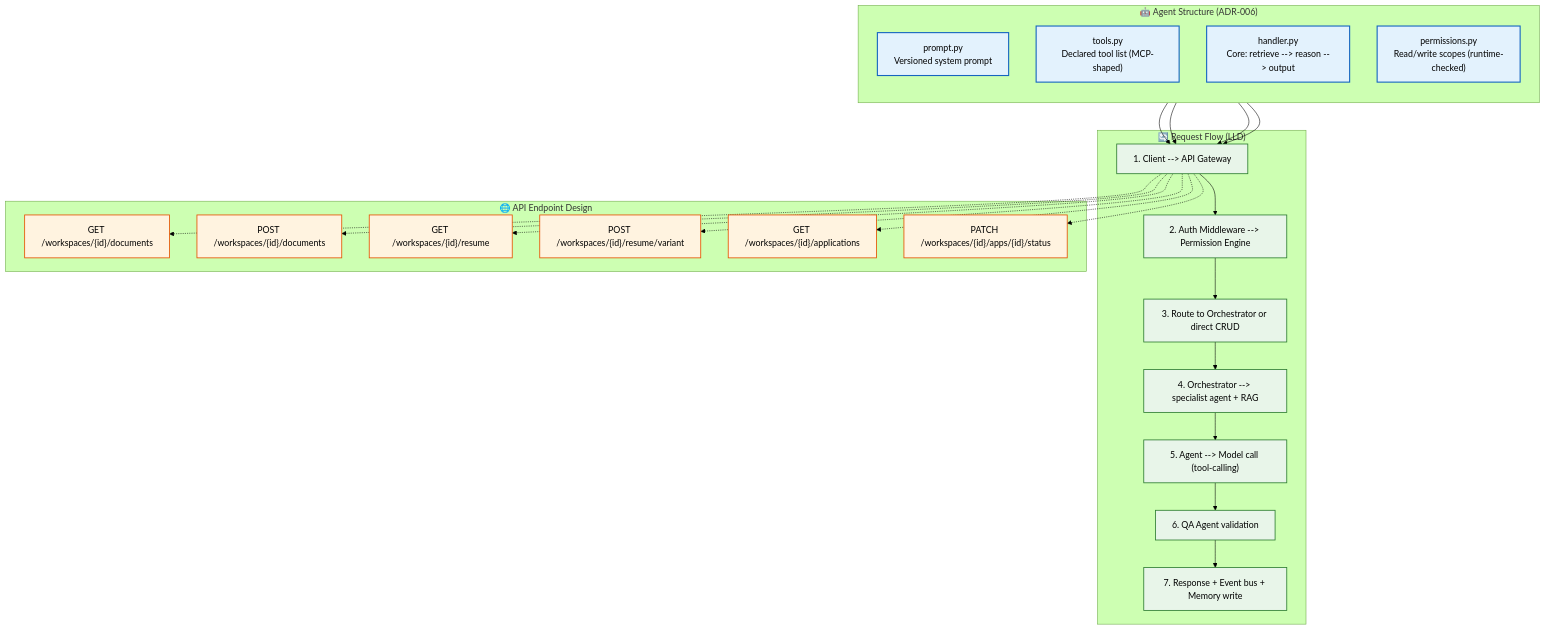
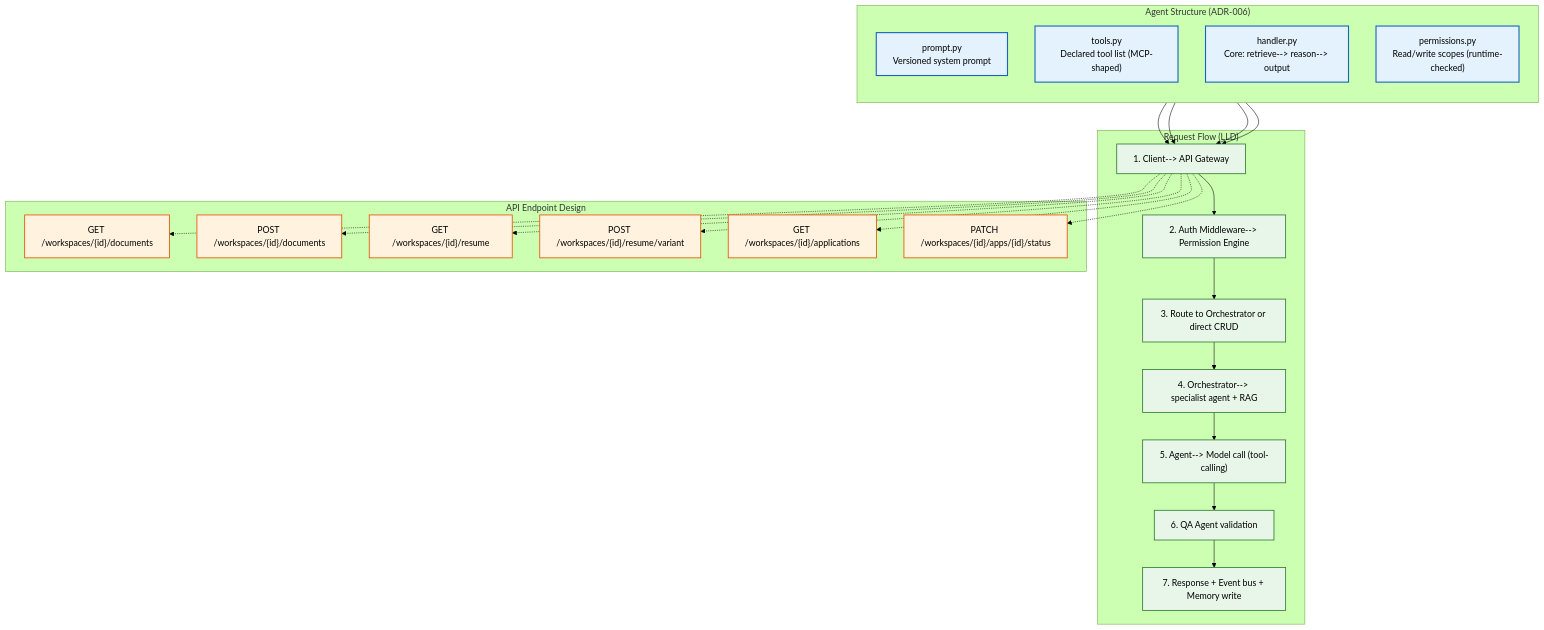
Before and after one commit to Driftloom/Vaeloom: the diagram in docs/architecture/Low-Level-Design.md, drawn with Mermaid (forest theme). The commit also changed other lines of this file and 694 other files, not shown here.

First line of the commit message:
docs: mermaid standardization — encoding/mermaid/duplicate cleanup

````diff
--- a/docs/architecture/Low-Level-Design.md
+++ b/docs/architecture/Low-Level-Design.md
@@ -9,40 +9,40 @@
 ```mermaid
 graph TD
-    classDef agent fill:#e3f2fd,stroke:#1565c0,color:#000,stroke-width:2px
-    classDef flow fill:#e8f5e9,stroke:#2e7d32,color:#000,stroke-width:1.5px
-    classDef api fill:#fff3e0,stroke:#e65100,color:#000,stroke-width:1.5px
+ classDef agent fill:#e3f2fd,stroke:#1565c0,color:#000,stroke-width:2px
+ classDef flow fill:#e8f5e9,stroke:#2e7d32,color:#000,stroke-width:1.5px
+ classDef api fill:#fff3e0,stroke:#e65100,color:#000,stroke-width:1.5px
 
-    subgraph AgentStructure["🤖 Agent Structure (ADR-006)"]
-        direction TB
-        S1["prompt.py<br/>Versioned system prompt"]
-        S2["tools.py<br/>Declared tool list (MCP-shaped)"]
-        S3["handler.py<br/>Core: retrieve --> reason --> output"]
-        S4["permissions.py<br/>Read/write scopes (runtime-checked)"]
-    end
+ subgraph AgentStructure["Agent Structure (ADR-006)"]
+ direction TB
+ S1["prompt.py<br/>Versioned system prompt"]
+ S2["tools.py<br/>Declared tool list (MCP-shaped)"]
+ S3["handler.py<br/>Core: retrieve--> reason--> output"]
+ S4["permissions.py<br/>Read/write scopes (runtime-checked)"]
+ end
 
-    subgraph RequestFlow["🔄 Request Flow (LLD)"]
-        F1["1. Client --> API Gateway"]
-        F2["2. Auth Middleware --> Permission Engine"]
-        F3["3. Route to Orchestrator or direct CRUD"]
-        F4["4. Orchestrator --> specialist agent + RAG"]
-        F5["5. Agent --> Model call (tool-calling)"]
-        F6["6. QA Agent validation"]
-        F7["7. Response + Event bus + Memory write"]
-    end
+ subgraph RequestFlow["Request Flow (LLD)"]
+ F1["1. Client--> API Gateway"]
+ F2["2. Auth Middleware--> Permission Engine"]
+ F3["3. Route to Orchestrator or direct CRUD"]
+ F4["4. Orchestrator--> specialist agent + RAG"]
+ F5["5. Agent--> Model call (tool-calling)"]
+ F6["6. QA Agent validation"]
+ F7["7. Response + Event bus + Memory write"]
+ end
 
-    subgraph APIEndpoint["🌐 API Endpoint Design"]
-        E1["GET /workspaces/{id}/documents"]
-        E2["POST /workspaces/{id}/documents"]
-        E3["GET /workspaces/{id}/resume"]
-        E4["POST /workspaces/{id}/resume/variant"]
-        E5["GET /workspaces/{id}/applications"]
-        E6["PATCH /workspaces/{id}/apps/{id}/status"]
-    end
+ subgraph APIEndpoint["API Endpoint Design"]
+ E1["GET /workspaces/{id}/documents"]
+ E2["POST /workspaces/{id}/documents"]
+ E3["GET /workspaces/{id}/resume"]
+ E4["POST /workspaces/{id}/resume/variant"]
+ E5["GET /workspaces/{id}/applications"]
+ E6["PATCH /workspaces/{id}/apps/{id}/status"]
+ end
 
-    S1 & S2 & S3 & S4 --> F1 --> F2 --> F3 --> F4 --> F5 --> F6 --> F7
-    F1 -.-> E1 & E2 & E3 & E4 & E5 & E6
+ S1 & S2 & S3 & S4--> F1--> F2--> F3--> F4--> F5--> F6--> F7
+ F1 -.-> E1 & E2 & E3 & E4 & E5 & E6
 
-    class S1,S2,S3,S4 agent
-    class F1,F2,F3,F4,F5,F6,F7 flow
-    class E1,E2,E3,E4,E5,E6 api
+ class S1,S2,S3,S4 agent
+ class F1,F2,F3,F4,F5,F6,F7 flow
+ class E1,E2,E3,E4,E5,E6 api
 ```
````
